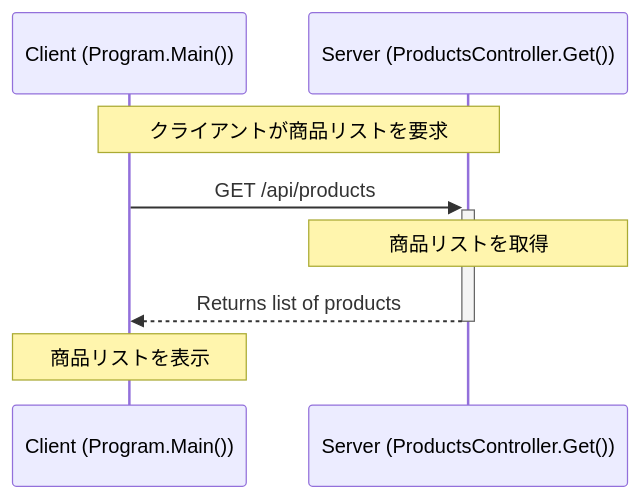
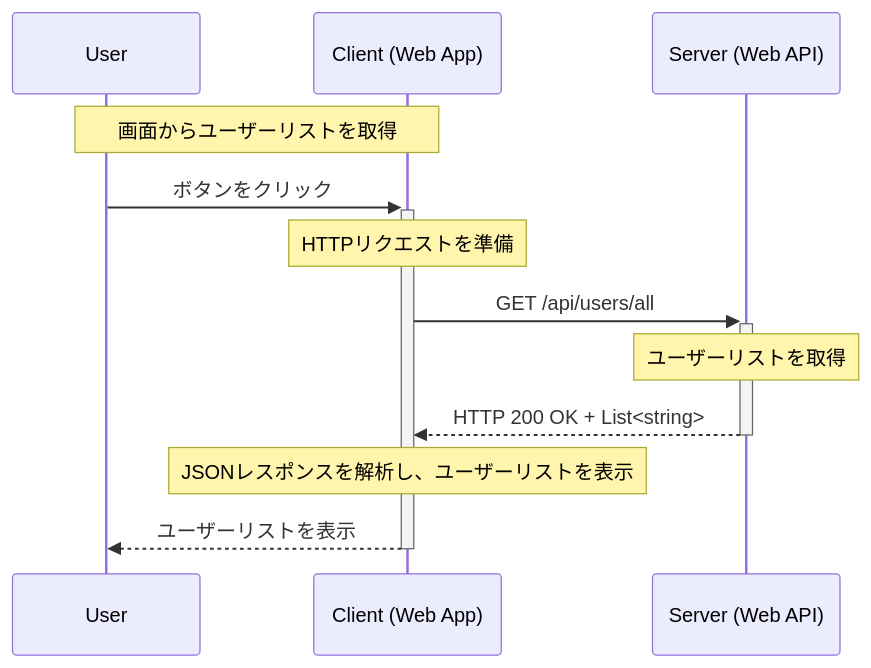
The second of 3 diagrams in docs/technical-notebook/dotnet/http-protocol/get-method.md (yuu-git/ateliers-dev), drawn with Mermaid before and after one commit. The commit also changed other lines of this file, not shown here.

````diff
--- a/docs/technical-notebook/dotnet/http-protocol/get-method.md
+++ b/docs/technical-notebook/dotnet/http-protocol/get-method.md
@@ -268,10 +531,17 @@
 ```mermaid
 sequenceDiagram
-    participant C as Client (Program.Main())
-    participant S as Server (ProductsController.Get())
-    Note over C,S: クライアントが商品リストを要求
-    C->>+S: GET /api/products
-    Note over S: 商品リストを取得
-    S-->>-C: Returns list of products
-    Note over C: 商品リストを表示
+    participant U as User
+    participant C as Client (Web App)
+    participant S as Server (Web API)
+
+    Note over U, C: 画面からユーザーリストを取得
+
+    U->>+C: ボタンをクリック
+    Note over C: HTTPリクエストを準備
+    C->>+S: GET /api/users/all
+    Note over S: ユーザーリストを取得
+    S-->>-C: HTTP 200 OK + List<string>
+    Note over C: JSONレスポンスを解析し、ユーザーリストを表示
+    C-->>-U: ユーザーリストを表示
+
 ```
````
